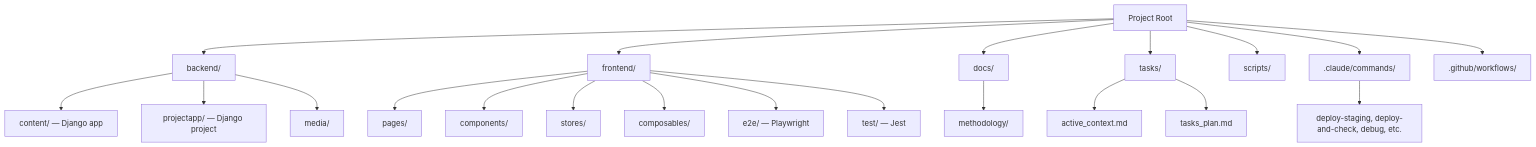
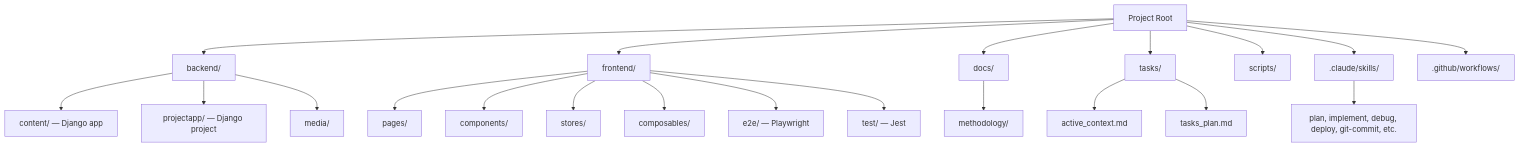
One commit to gustavop-dev/projectapp changed the second of 2 diagrams in CLAUDE.md. Above: the diagram before and after it, drawn with Mermaid. The commit also changed 13 other files, not shown here.

First line of the commit message:
FEAT: Migrate .claude/commands to .claude/skills format

````diff
--- a/CLAUDE.md
+++ b/CLAUDE.md
@@ -328,28 +328,28 @@
 ```mermaid
 flowchart TD
     Root[Project Root]
     Root --> Backend[backend/]
     Root --> Frontend[frontend/]
     Root --> Docs[docs/]
     Root --> Tasks[tasks/]
     Root --> Scripts[scripts/]
-    Root --> Claude[.claude/commands/]
+    Root --> Claude[.claude/skills/]
     Root --> GitHub[.github/workflows/]
 
     Backend --> BContent[content/ — Django app]
     Backend --> BProject[projectapp/ — Django project]
     Backend --> BMedia[media/]
 
     Frontend --> FPages[pages/]
     Frontend --> FComponents[components/]
     Frontend --> FStores[stores/]
     Frontend --> FComposables[composables/]
     Frontend --> FE2E[e2e/ — Playwright]
     Frontend --> FTest[test/ — Jest]
 
     Docs --> Methodology[methodology/]
     Tasks --> ActiveCtx[active_context.md]
     Tasks --> TasksPlan[tasks_plan.md]
 
-    Claude --> CCommands[deploy-staging, deploy-and-check, debug, etc.]
+    Claude --> CSkills[plan, implement, debug, deploy, git-commit, etc.]
 ```
````
